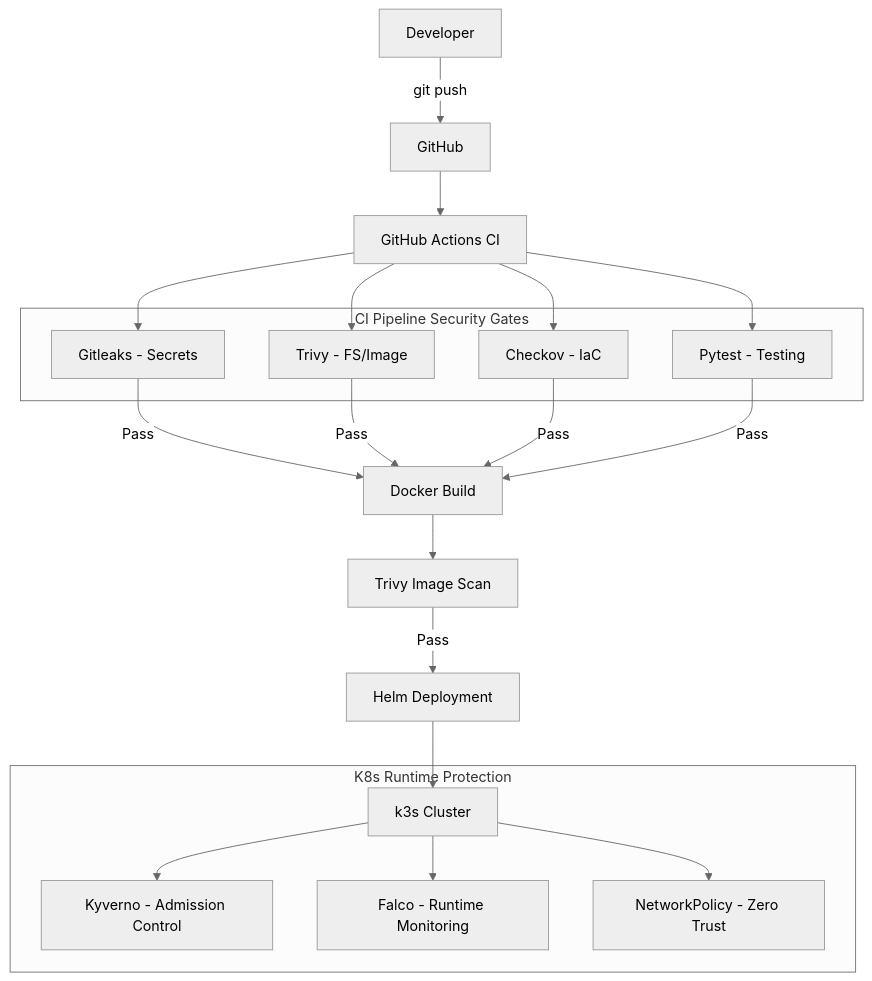
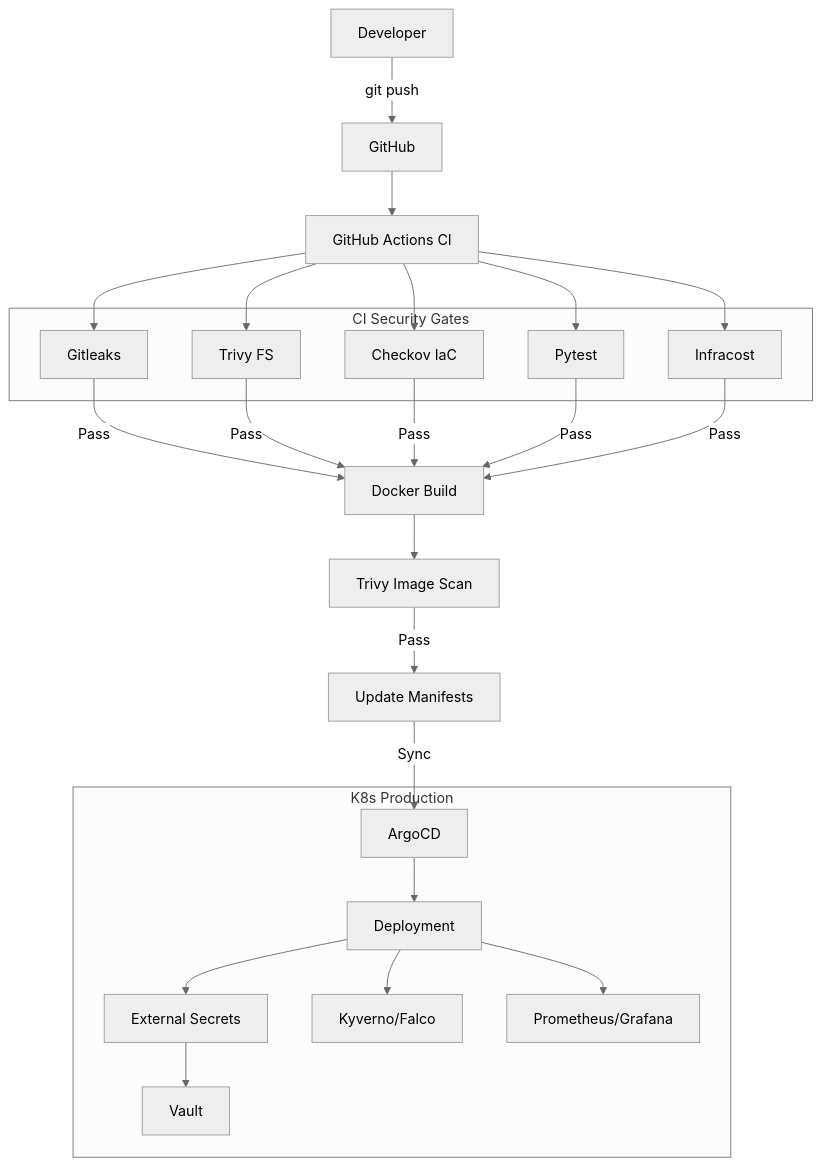
One commit to Denisgithubss/devops_playground changed the diagram in docs/architecture.md. Above: the diagram before and after it, drawn with Mermaid (neutral theme). The commit also changed other lines of this file, not shown here.

Commit message:
docs: update architecture.md with detailed GitOps flow

````diff
--- a/docs/architecture.md
+++ b/docs/architecture.md
@@ -5,23 +5,24 @@
 ```mermaid
 graph TD
     A[Developer] -->|git push| B[GitHub]
     B --> C[GitHub Actions CI]
-    subgraph "CI Pipeline Security Gates"
-        C1[Gitleaks - Secrets]
-        C2[Trivy - FS/Image]
-        C3[Checkov - IaC]
-        C4[Pytest - Testing]
+    subgraph "CI Security Gates"
+        C1[Gitleaks]
+        C2[Trivy FS]
+        C3[Checkov IaC]
+        C4[Pytest]
+        C5[Infracost]
     end
-    C --> C1 & C2 & C3 & C4
-    C1 & C2 & C3 & C4 -->|Pass| D[Docker Build]
+    C --> C1 & C2 & C3 & C4 & C5
+    C1 & C2 & C3 & C4 & C5 -->|Pass| D[Docker Build]
     D --> E[Trivy Image Scan]
-    E -->|Pass| F[Helm Deployment]
-    subgraph "K8s Runtime Protection"
-        G[k3s Cluster]
-        H[Kyverno - Admission Control]
-        I[Falco - Runtime Monitoring]
-        J[NetworkPolicy - Zero Trust]
+    E -->|Pass| F[Update Manifests]
+    F -->|Sync| G[ArgoCD]
+    subgraph "K8s Production"
+        G --> H[Deployment]
+        H --> I[External Secrets]
+        I --> J[Vault]
+        H --> K[Kyverno/Falco]
+        H --> L[Prometheus/Grafana]
     end
-    F --> G
-    G --> H & I & J
 ```
````
